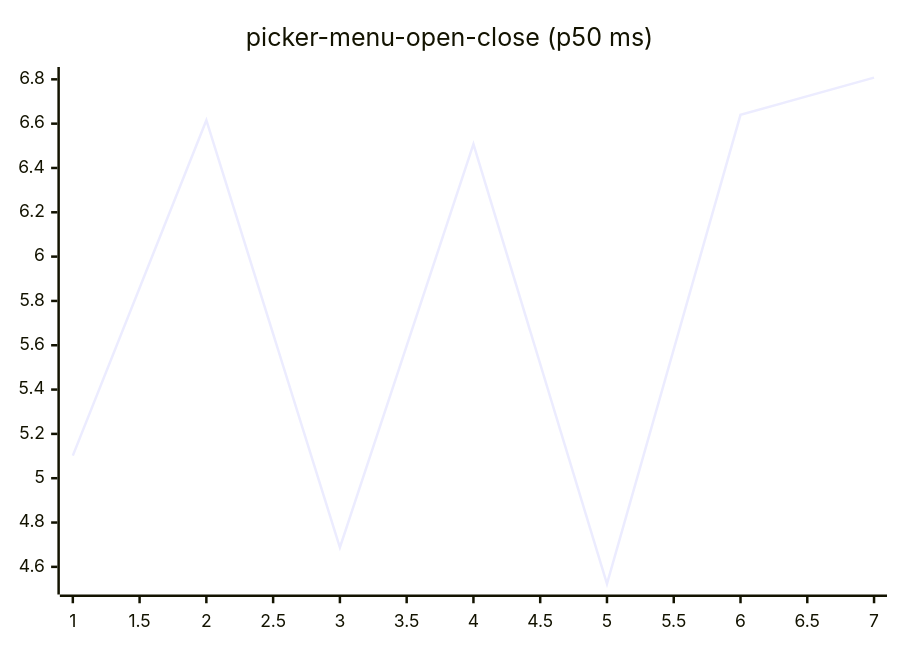
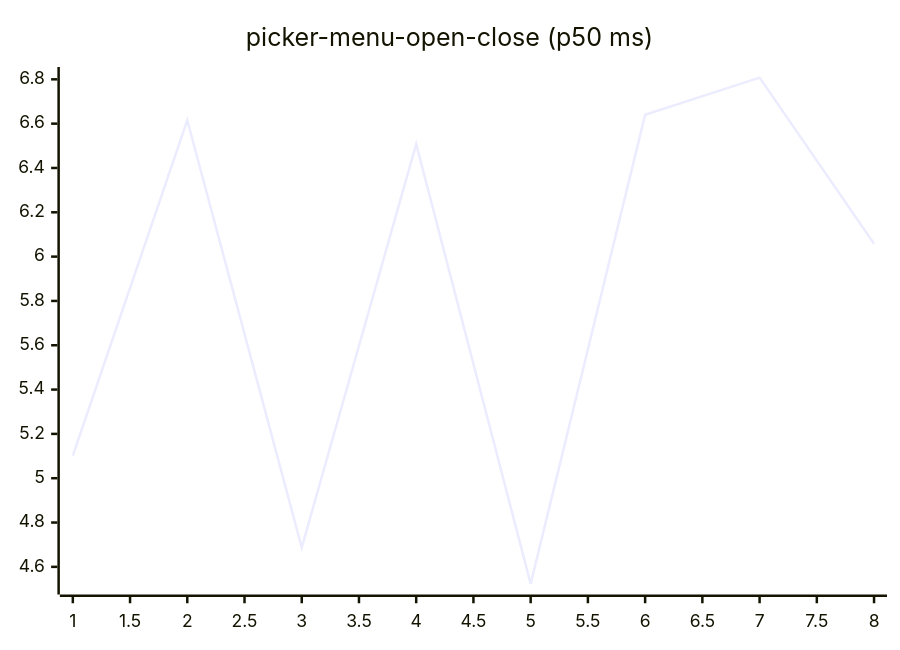
Diagram 16 of 27 in README.md (josha/Facet), drawn with Mermaid before and after one commit. The commit also changed other lines of this file and 2 other files, not shown here.

````diff
--- a/README.md
+++ b/README.md
@@ -168,6 +168,6 @@
 ```mermaid
 xychart-beta
     title "picker-menu-open-close (p50 ms)"
-    x-axis 1 --> 7
-    line [5.1020, 6.6154, 4.6873, 6.5076, 4.5232, 6.6400, 6.8077]
+    x-axis 1 --> 8
+    line [5.1020, 6.6154, 4.6873, 6.5076, 4.5232, 6.6400, 6.8077, 6.0581]
 ```
````
